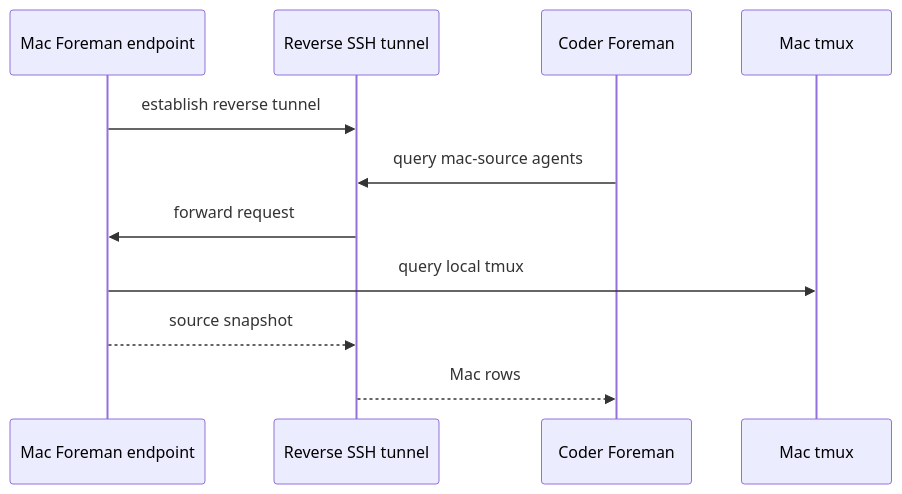
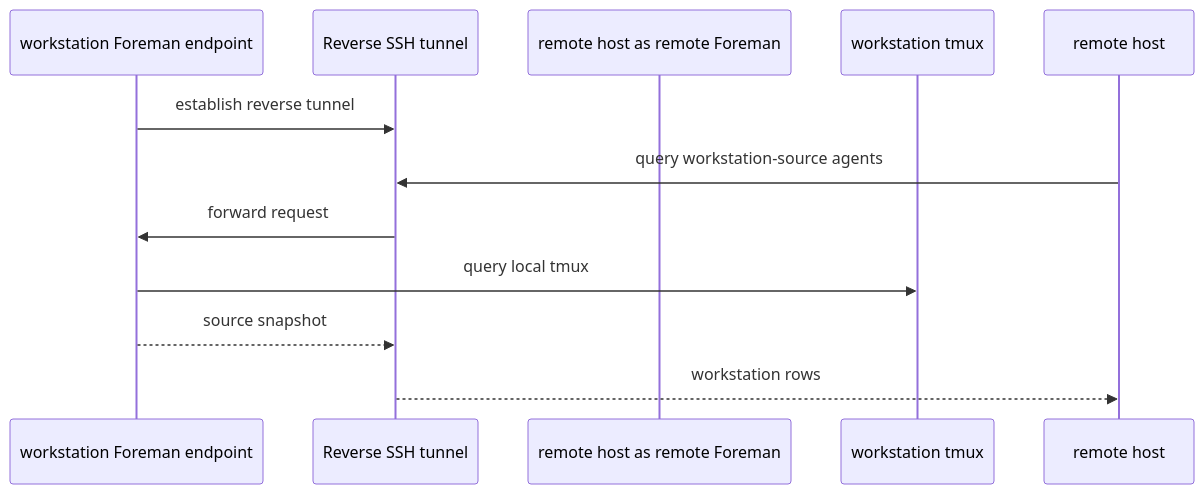
The second of 8 diagrams in docs/decisions/0004-source-companion-relay.md (safurrier/foreman), drawn with Mermaid before and after one commit. The commit also changed other lines of this file and 26 other files, not shown here.

````diff
--- a/docs/decisions/0004-source-companion-relay.md
+++ b/docs/decisions/0004-source-companion-relay.md
@@ -120,14 +149,14 @@
 ```mermaid
 sequenceDiagram
-    participant Mac as Mac Foreman endpoint
+    participant workstation as workstation Foreman endpoint
     participant Tunnel as Reverse SSH tunnel
-    participant Coder as Coder Foreman
-    participant MacTmux as Mac tmux
+    participant remote host as remote Foreman
+    participant workstationTmux as workstation tmux
 
-    Mac->>Tunnel: establish reverse tunnel
-    Coder->>Tunnel: query mac-source agents
-    Tunnel->>Mac: forward request
-    Mac->>MacTmux: query local tmux
-    Mac-->>Tunnel: source snapshot
-    Tunnel-->>Coder: Mac rows
+    workstation->>Tunnel: establish reverse tunnel
+    remote host->>Tunnel: query workstation-source agents
+    Tunnel->>workstation: forward request
+    workstation->>workstationTmux: query local tmux
+    workstation-->>Tunnel: source snapshot
+    Tunnel-->>remote host: workstation rows
 ```
````
